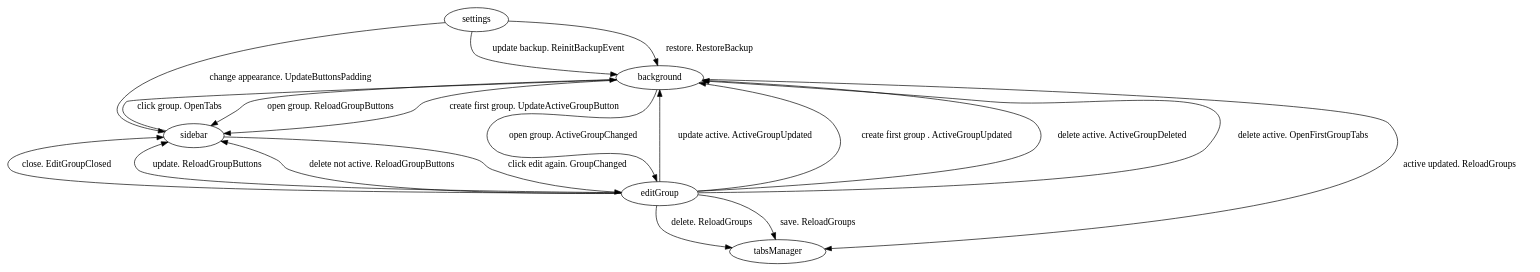
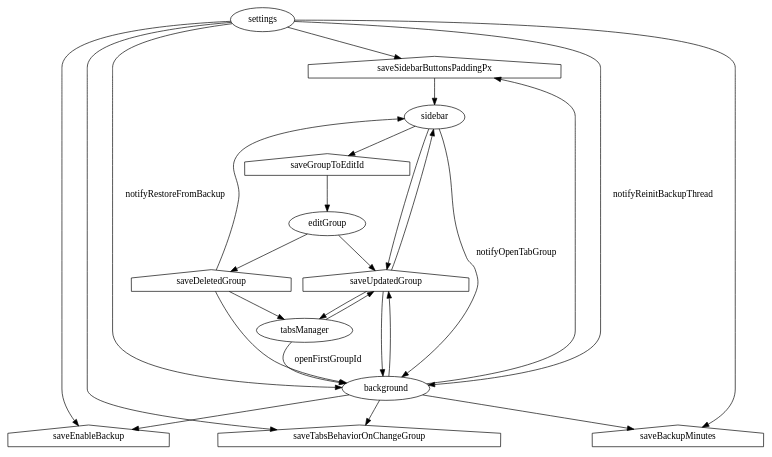
The diagram in SCHEME.dot (EoinKanro/sidebar-tab-groups), drawn with Graphviz before and after one commit. The commit also changed 8 other files, not shown here.

```diff
--- a/SCHEME.dot
+++ b/SCHEME.dot
@@ -1,32 +1,46 @@
 digraph G {
 
-    background,
-    sidebar,
-    editGroup,
-    settings,
-    tabsManager
+  saveSidebarButtonsPaddingPx [ shape=house ];
+  saveEnableBackup [ shape=house ];
+  saveBackupMinutes [ shape=house ];
+  saveTabsBehaviorOnChangeGroup [ shape=house ];
+  saveDeletedGroup [ shape=house ];
+  saveUpdatedGroup [ shape=house ];
+  saveGroupToEditId [ shape=house ];
 
+  settings -> saveSidebarButtonsPaddingPx;
+  settings -> saveEnableBackup;
+  settings -> saveBackupMinutes;
+  settings -> saveTabsBehaviorOnChangeGroup;
 
-    background -> editGroup [ label="open group. ActiveGroupChanged" ]
-    background -> sidebar [ label="open group. ReloadGroupButtons" ]
-    background -> sidebar [ label="create first group. UpdateActiveGroupButton" ]
-    background -> tabsManager [ label="active updated. ReloadGroups"]
+  settings -> background [ label = notifyReinitBackupThread ];
+  settings -> background [ label = notifyRestoreFromBackup ];
 
-    sidebar -> background [ label="click group. OpenTabs" ]
-    sidebar -> editGroup [ label="click edit again. GroupChanged" ]
+  editGroup -> saveDeletedGroup;
+  editGroup -> saveUpdatedGroup;
 
-    editGroup -> sidebar [ label="close. EditGroupClosed" ]
-    editGroup -> background [ label="update active. ActiveGroupUpdated" ]
-    editGroup -> background [ label="create first group . ActiveGroupUpdated" ]
-    editGroup -> sidebar [ label="update. ReloadGroupButtons" ]
-    editGroup -> background [ label="delete active. ActiveGroupDeleted" ]
-    editGroup -> background [ label="delete active. OpenFirstGroupTabs" ]
-    editGroup -> sidebar [ label="delete not active. ReloadGroupButtons" ]
-    editGroup -> tabsManager [ label="delete. ReloadGroups" ]
-    editGroup -> tabsManager [ label="save. ReloadGroups" ]
+  saveGroupToEditId -> editGroup;
 
-    settings -> background [ label="restore. RestoreBackup" ]
-    settings -> background [ label="update backup. ReinitBackupEvent" ]
-    settings -> sidebar [ label="change appearance. UpdateButtonsPadding" ]
+  tabsManager -> saveUpdatedGroup;
+  tabsManager -> background [ label = openFirstGroupId ];
 
+  saveUpdatedGroup -> tabsManager;
+  saveDeletedGroup -> tabsManager;
+
+  sidebar -> background [ label = notifyOpenTabGroup ];
+  sidebar -> saveUpdatedGroup;
+  sidebar -> saveGroupToEditId;
+
+  saveUpdatedGroup -> sidebar;
+  saveDeletedGroup -> sidebar;
+  saveSidebarButtonsPaddingPx -> sidebar;
+
+  background -> saveBackupMinutes;
+  background -> saveEnableBackup;
+  background -> saveSidebarButtonsPaddingPx;
+  background -> saveTabsBehaviorOnChangeGroup;
+  background -> saveUpdatedGroup;
+
+  saveDeletedGroup -> background;
+  saveUpdatedGroup -> background;
 }
```
